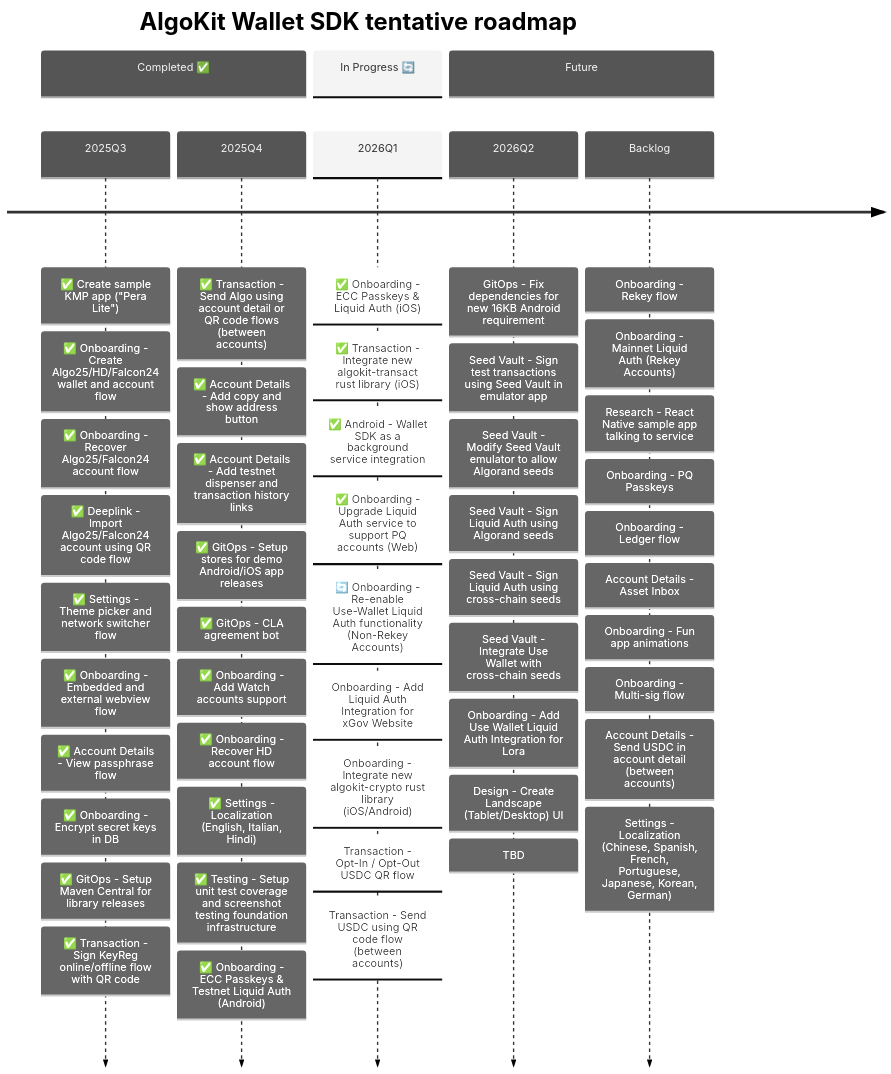
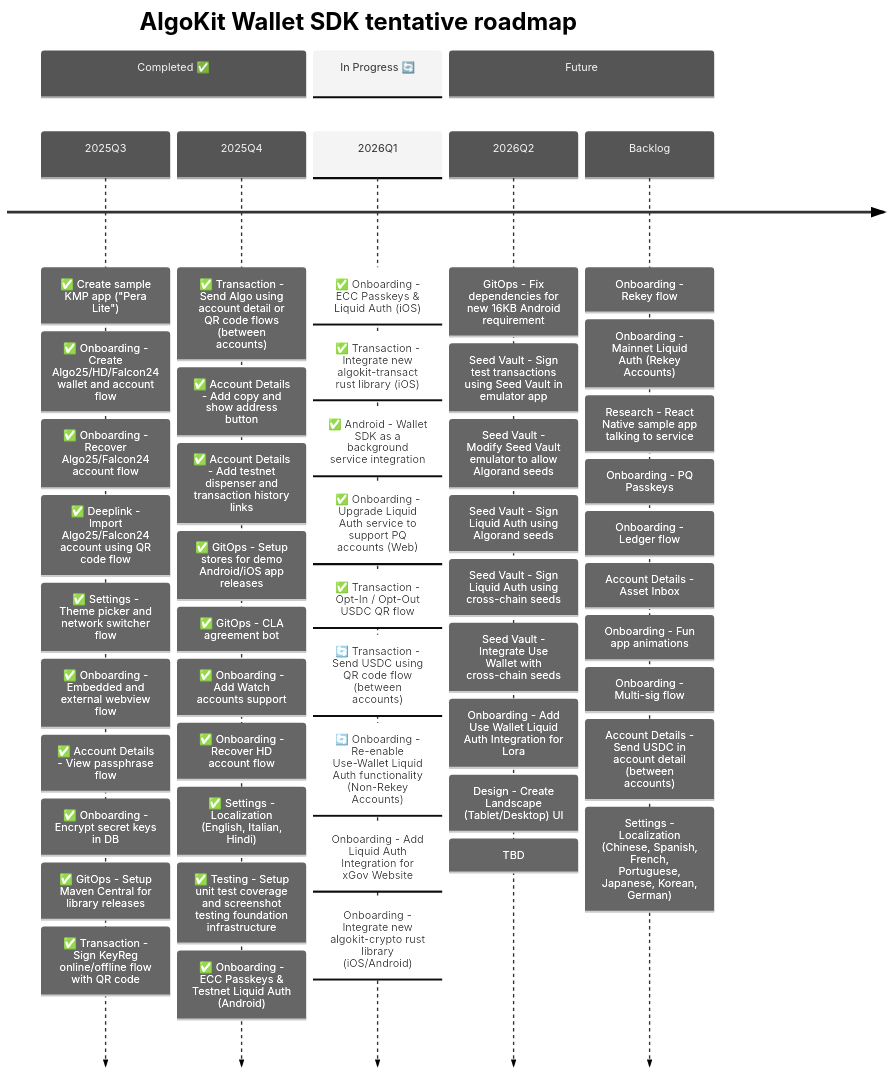
One commit to michaeltchuangllc/algokit-walletsdk-kmp changed the second of 3 diagrams in README.md. Above: the diagram before and after it, drawn with Mermaid. The commit also changed other lines of this file and 26 other files, not shown here.

````diff
--- a/README.md
+++ b/README.md
@@ -69,64 +69,64 @@
 ```mermaid
 ---
 config:
   theme: 'neutral'
 ---
 timeline
     title AlgoKit Wallet SDK tentative roadmap
 
     section Completed ✅
     2025Q3  : ✅ Create sample KMP app ("Pera Lite")
             : ✅ Onboarding - Create Algo25/HD/Falcon24 wallet and account flow
             : ✅ Onboarding - Recover Algo25/Falcon24 account flow
             : ✅ Deeplink - Import Algo25/Falcon24 account using QR code flow
             : ✅ Settings - Theme picker and network switcher flow
             : ✅ Onboarding - Embedded and external webview flow
             : ✅ Account Details - View passphrase flow
             : ✅ Onboarding - Encrypt secret keys in DB
             : ✅ GitOps - Setup Maven Central for library releases
             : ✅ Transaction - Sign KeyReg online/offline flow with QR code
 
     2025Q4  : ✅ Transaction - Send Algo using account detail or QR code flows (between accounts)
             : ✅ Account Details - Add copy and show address button
             : ✅ Account Details - Add testnet dispenser and transaction history links
             : ✅ GitOps - Setup stores for demo Android/iOS app releases
             : ✅ GitOps - CLA agreement bot
             : ✅ Onboarding - Add Watch accounts support
             : ✅ Onboarding - Recover HD account flow
             : ✅ Settings - Localization (English, Italian, Hindi)
             : ✅ Testing - Setup unit test coverage and screenshot testing foundation infrastructure
             : ✅ Onboarding - ECC Passkeys & Testnet Liquid Auth (Android)
 
     section In Progress 🔄
     2026Q1  : ✅ Onboarding - ECC Passkeys & Liquid Auth (iOS)
             : ✅ Transaction - Integrate new algokit-transact rust library (iOS)
             : ✅ Android - Wallet SDK as a background service integration
             : ✅ Onboarding - Upgrade Liquid Auth service to support PQ accounts (Web)
+            : ✅ Transaction - Opt-In / Opt-Out USDC QR flow
+            : 🔄 Transaction - Send USDC using QR code flow (between accounts)
             : 🔄 Onboarding - Re-enable Use-Wallet Liquid Auth functionality (Non-Rekey Accounts)
             : Onboarding - Add Liquid Auth Integration for xGov Website
             : Onboarding - Integrate new algokit-crypto rust library (iOS/Android)
-            : Transaction - Opt-In / Opt-Out USDC QR flow
-            : Transaction - Send USDC using QR code flow (between accounts)
 
     section Future
     2026Q2  : GitOps - Fix dependencies for new 16KB Android requirement
             : Seed Vault - Sign test transactions using Seed Vault in emulator app
             : Seed Vault - Modify Seed Vault emulator to allow Algorand seeds
             : Seed Vault - Sign Liquid Auth using Algorand seeds
             : Seed Vault - Sign Liquid Auth using cross-chain seeds
             : Seed Vault - Integrate Use Wallet with cross-chain seeds
             : Onboarding - Add Use Wallet Liquid Auth Integration for Lora
             : Design - Create Landscape (Tablet/Desktop) UI
             : TBD
     Backlog
             : Onboarding - Rekey flow
             : Onboarding - Mainnet Liquid Auth (Rekey Accounts)
             : Research - React Native sample app talking to service
             : Onboarding - PQ Passkeys
             : Onboarding - Ledger flow
             : Account Details - Asset Inbox
             : Onboarding - Fun app animations
             : Onboarding - Multi-sig flow
             : Account Details - Send USDC in account detail (between accounts)
             : Settings - Localization (Chinese, Spanish, French, Portuguese, Japanese, Korean, German)
 ```
````
